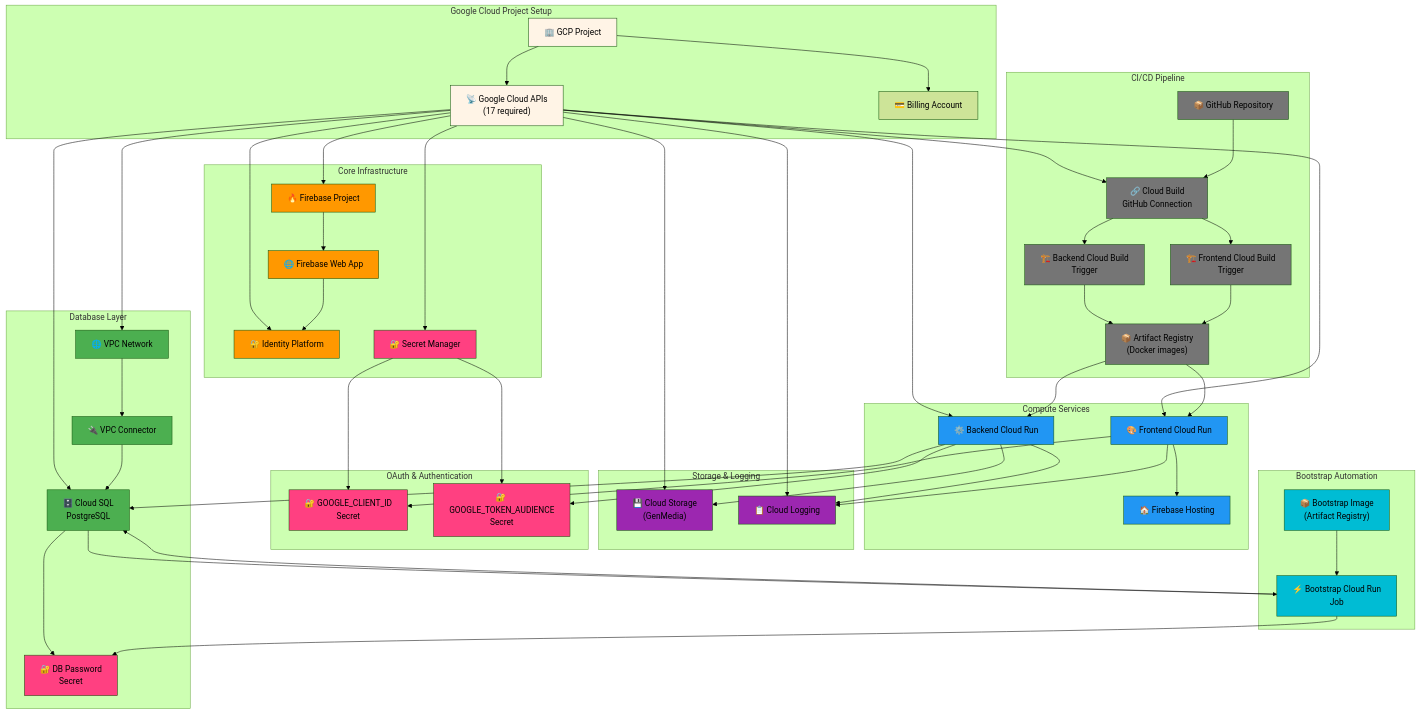
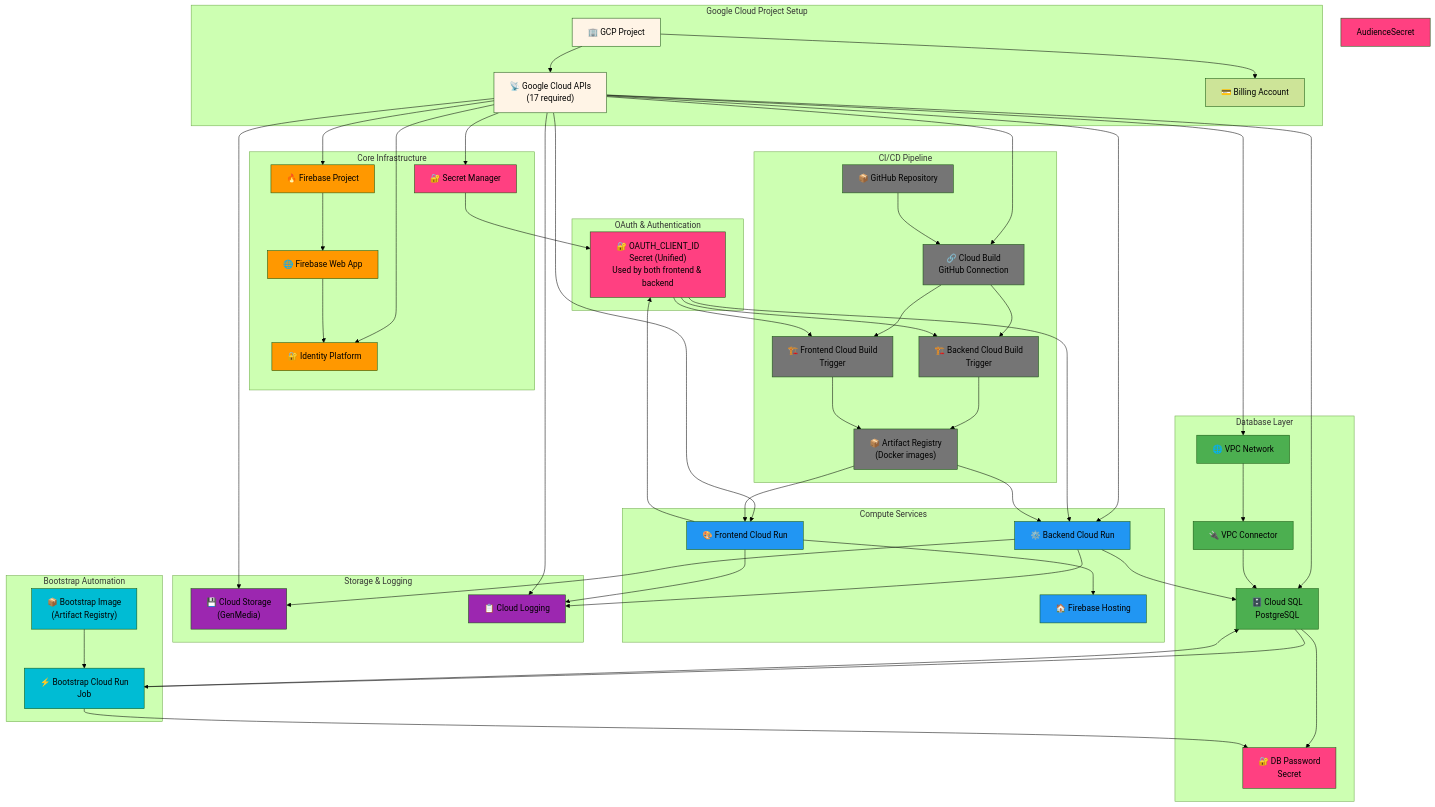
One commit to maxrinalfox/professional-services changed the first of 7 diagrams in examples/creative-studio/infra/ARCHITECTURE.md. Above: the diagram before and after it, drawn with Mermaid (forest theme). The commit also changed other lines of this file, not shown here.

First line of the commit message:
docs(infra): update ARCHITECTURE.md for unified OAuth credential architecture

```diff
--- a/examples/creative-studio/infra/ARCHITECTURE.md
+++ b/examples/creative-studio/infra/ARCHITECTURE.md
@@ -59,8 +59,7 @@
     end
 
     subgraph "OAuth & Authentication"
-        OAuthSecret["🔐 GOOGLE_CLIENT_ID<br/>Secret"]
-        AudienceSecret["🔐 GOOGLE_TOKEN_AUDIENCE<br/>Secret"]
+        OAuthSecret["🔐 OAUTH_CLIENT_ID<br/>Secret (Unified)<br/>Used by both frontend & backend"]
     end
 
     subgraph "Bootstrap Automation"
@@ -90,11 +89,14 @@
     CloudSQL --> DBSecret
 
     ConfigSM --> OAuthSecret
-    ConfigSM --> AudienceSecret
 
     GitRepo --> CBConn
     CBConn --> BackendBuild
     CBConn --> FrontendBuild
+
+    OAuthSecret --> BackendBuild
+    OAuthSecret --> FrontendBuild
+    OAuthSecret --> Backend
 
     BackendBuild --> AR
     FrontendBuild --> AR
@@ -106,7 +108,6 @@
 
     Backend --> CloudSQL
     Backend --> Storage
-    Backend --> AudienceSecret
     Backend --> Logs
 
     Frontend --> OAuthSecret
```
